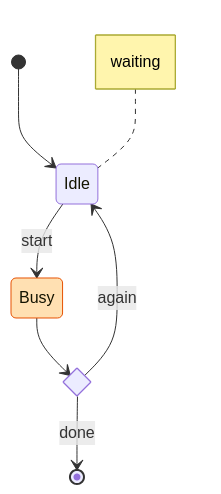
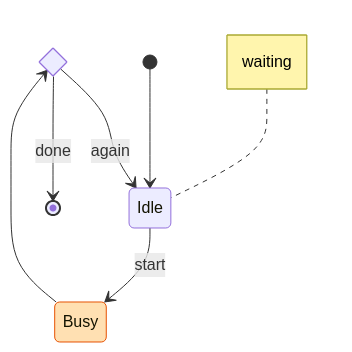
One commit to muirjc/canvas changed the diagram in packages/diagram-core/corpus/cases/state-front-matter/expected/portable.mmd. Above: the diagram before and after it, drawn with Mermaid. The commit also changed other lines of this file and 98 other files, not shown here.

First line of the commit message:
feat: Mermaid export always in Canvas's form, checked in real Mermaid in CI (canvas-8ucs) (#330)

```diff
--- a/packages/diagram-core/corpus/cases/state-front-matter/expected/portable.mmd
+++ b/packages/diagram-core/corpus/cases/state-front-matter/expected/portable.mmd
@@ -1,11 +1,11 @@
 stateDiagram-v2
+  state choice1 <<choice>>
   [*] --> Idle
   Idle --> Busy : start
-  state choice1 <<choice>>
   Busy --> choice1
   choice1 --> Idle : again
   choice1 --> [*] : done
   note left of Idle : waiting
   %% Colours for Mermaid tools outside Canvas (added on export).
   classDef canvasStyle1 fill:#ffe0b2,stroke:#e65100
   class Busy canvasStyle1
```
